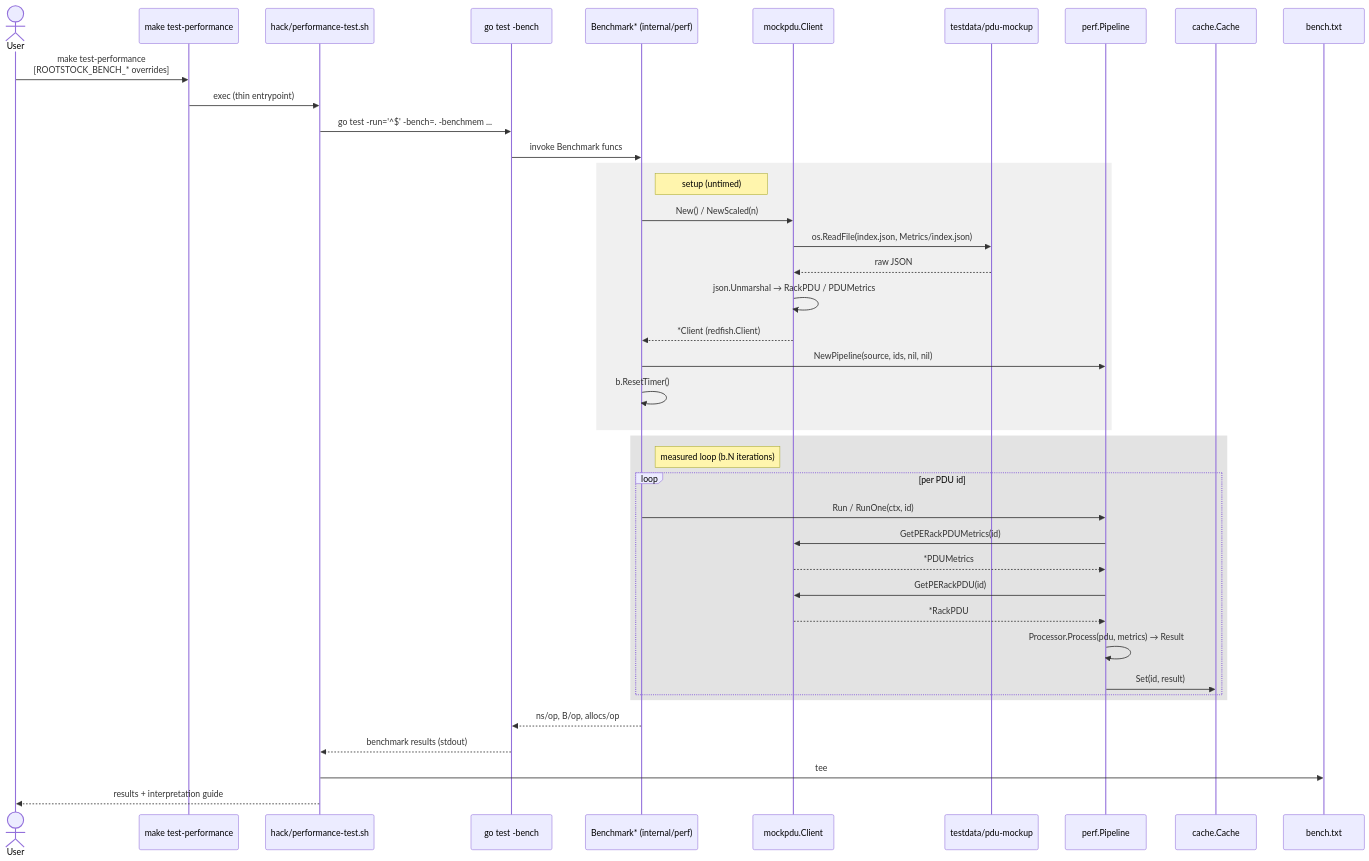
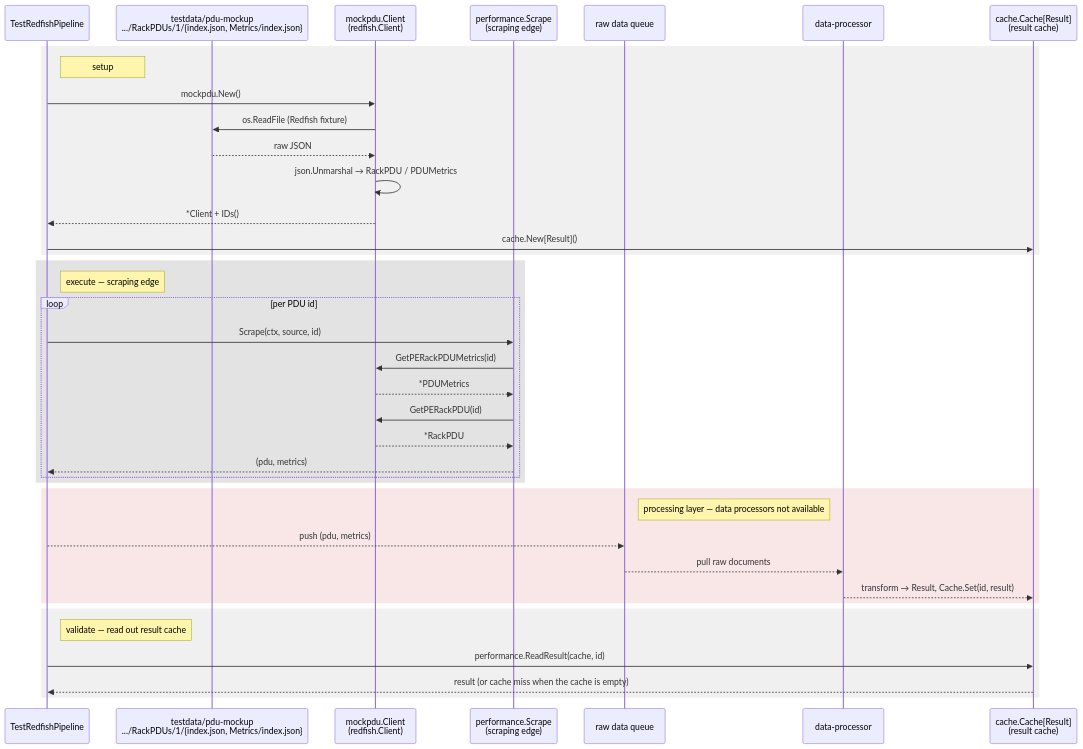
One commit to cloudoperators/rootstock changed the second of 2 diagrams in docs/testing/performance-testing.md. Above: the diagram before and after it, drawn with Mermaid. The commit also changed other lines of this file and 9 other files, not shown here.

````diff
--- a/docs/testing/performance-testing.md
+++ b/docs/testing/performance-testing.md
@@ -96,47 +117,45 @@
 ```mermaid
 sequenceDiagram
-    actor User
-    participant Make as make test-performance
-    participant Script as hack/performance-test.sh
-    participant GoTest as go test -bench
-    participant Bench as Benchmark* (internal/perf)
-    participant Mock as mockpdu.Client
-    participant Data as testdata/pdu-mockup
-    participant Pipe as perf.Pipeline
-    participant Cache as cache.Cache
-    participant Out as bench.txt
-
-    User->>Make: make test-performance<br/>[ROOTSTOCK_BENCH_* overrides]
-    Make->>Script: exec (thin entrypoint)
-    Script->>GoTest: go test -run='^$' -bench=. -benchmem ...
-    GoTest->>Bench: invoke Benchmark funcs
+    participant Test as TestRedfishPipeline
+    participant Data as testdata/pdu-mockup<br/>.../RackPDUs/1/{index.json, Metrics/index.json}
+    participant Mock as mockpdu.Client<br/>(redfish.Client)
+    participant Scrape as performance.Scrape<br/>(scraping edge)
+    participant Queue as raw data queue
+    participant Proc as data-processor
+    participant Cache as cache.Cache[Result]<br/>(result cache)
 
     rect rgba(128, 128, 128, 0.12)
-        note right of Bench: setup (untimed)
-        Bench->>Mock: New() / NewScaled(n)
-        Mock->>Data: os.ReadFile(index.json, Metrics/index.json)
+        note right of Test: setup
+        Test->>Mock: mockpdu.New()
+        Mock->>Data: os.ReadFile (Redfish fixture)
         Data-->>Mock: raw JSON
         Mock->>Mock: json.Unmarshal → RackPDU / PDUMetrics
-        Mock-->>Bench: *Client (redfish.Client)
-        Bench->>Pipe: NewPipeline(source, ids, nil, nil)
-        Bench->>Bench: b.ResetTimer()
+        Mock-->>Test: *Client + IDs()
+        Test->>Cache: cache.New[Result]()
     end
 
     rect rgba(128, 128, 128, 0.22)
-        note right of Bench: measured loop (b.N iterations)
+        note right of Test: execute — scraping edge
         loop per PDU id
-            Bench->>Pipe: Run / RunOne(ctx, id)
-            Pipe->>Mock: GetPERackPDUMetrics(id)
-            Mock-->>Pipe: *PDUMetrics
-            Pipe->>Mock: GetPERackPDU(id)
-            Mock-->>Pipe: *RackPDU
-            Pipe->>Pipe: Processor.Process(pdu, metrics) → Result
-            Pipe->>Cache: Set(id, result)
+            Test->>Scrape: Scrape(ctx, source, id)
+            Scrape->>Mock: GetPERackPDUMetrics(id)
+            Mock-->>Scrape: *PDUMetrics
+            Scrape->>Mock: GetPERackPDU(id)
+            Mock-->>Scrape: *RackPDU
+            Scrape-->>Test: (pdu, metrics)
         end
     end
 
-    Bench-->>GoTest: ns/op, B/op, allocs/op
-    GoTest-->>Script: benchmark results (stdout)
-    Script->>Out: tee
-    Script-->>User: results + interpretation guide
+    rect rgba(220, 120, 120, 0.18)
+        note right of Queue: processing layer — data processors not available
+        Test-->>Queue: push (pdu, metrics)
+        Queue-->>Proc: pull raw documents
+        Proc-->>Cache: transform → Result, Cache.Set(id, result)
+    end
+
+    rect rgba(128, 128, 128, 0.12)
+        note right of Test: validate — read out result cache
+        Test->>Cache: performance.ReadResult(cache, id)
+        Cache-->>Test: result (or cache miss when the cache is empty)
+    end
 ```
````
